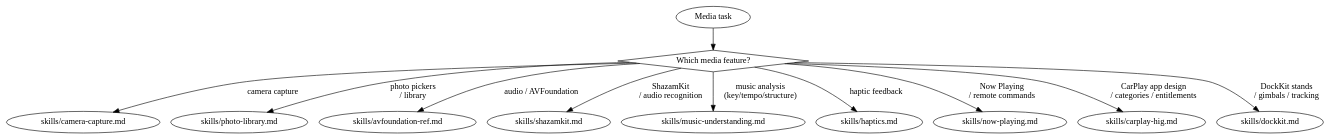
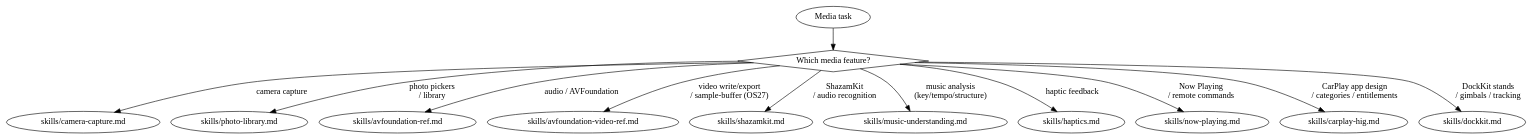
Before and after one commit to CharlesWiltgen/Axiom: the diagram in .claude-plugin/plugins/axiom/skills/axiom-media/SKILL.md, drawn with Graphviz. The commit also changed other lines of this file and 2 other files, not shown here.

First line of the commit message:
feat(axiom-media): add AVFoundation video & media-engine reference

````diff
--- a/.claude-plugin/plugins/axiom/skills/axiom-media/SKILL.md
+++ b/.claude-plugin/plugins/axiom/skills/axiom-media/SKILL.md
@@ -39,17 +40,18 @@
 ```dot
 digraph media {
     start [label="Media task" shape=ellipse];
     what [label="Which media feature?" shape=diamond];
 
     start -> what;
     what -> "skills/camera-capture.md" [label="camera capture"];
     what -> "skills/photo-library.md" [label="photo pickers\n/ library"];
     what -> "skills/avfoundation-ref.md" [label="audio / AVFoundation"];
+    what -> "skills/avfoundation-video-ref.md" [label="video write/export\n/ sample-buffer (OS27)"];
     what -> "skills/shazamkit.md" [label="ShazamKit\n/ audio recognition"];
     what -> "skills/music-understanding.md" [label="music analysis\n(key/tempo/structure)"];
     what -> "skills/haptics.md" [label="haptic feedback"];
     what -> "skills/now-playing.md" [label="Now Playing\n/ remote commands"];
     what -> "skills/carplay-hig.md" [label="CarPlay app design\n/ categories / entitlements"];
     what -> "skills/dockkit.md" [label="DockKit stands\n/ gimbals / tracking"];
 }
 ```
````
